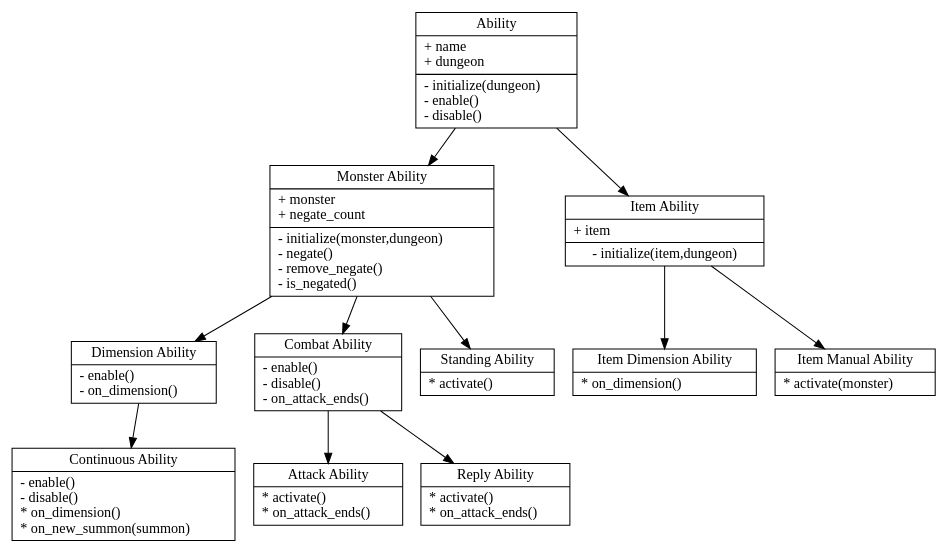
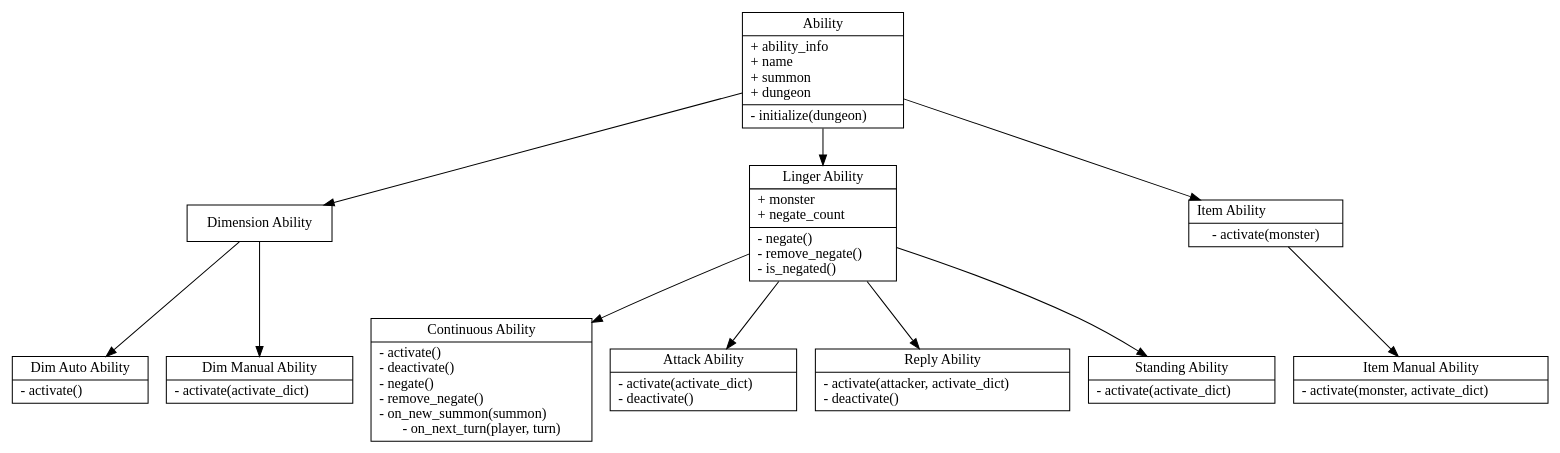
One commit to francocurotto/DDMre changed the diagram in docs/diagrams/abilities.dot. Above: the diagram before and after it, drawn with Graphviz. The commit also changed 4 other files, not shown here.

```diff
--- a/docs/diagrams/abilities.dot
+++ b/docs/diagrams/abilities.dot
@@ -1,26 +1,26 @@
 digraph abilities {
     // nodes
     node[shape=record]
-    Ability[label="{Ability|+ name\l+ dungeon\l|- initialize(dungeon)\l- enable()\l- disable()\l}"]
-    MonsterAbility[label="{Monster Ability|+ monster\l+ negate_count\l|- initialize(monster,dungeon)\l- negate()\l- remove_negate()\l- is_negated()\l}"]
-    DimensionAbility[label="{Dimension Ability|- enable()\l- on_dimension()\l}"]
-    ContinuousAbility[label="{Continuous Ability|- enable()\l- disable()\l* on_dimension()\l* on_new_summon(summon)\l}"]
-    CombatAbility[label="{Combat Ability|- enable()\l- disable()\l- on_attack_ends()\l}"]
-    AttackAbility[label="{Attack Ability|* activate()\l* on_attack_ends()\l}"]
-    ReplyAbility[label="{Reply Ability|* activate()\l* on_attack_ends()\l}"]
-    StandingAbility[label="{Standing Ability|* activate()\l}"]
-    ItemAbility[label="{Item Ability|+ item\l|- initialize(item,dungeon)}"]
-    ItemDimensionAbility[label="{Item Dimension Ability|* on_dimension()\l}"]
-    ItemManualAbility[label="{Item Manual Ability|* activate(monster)\l}"]
+    Ability[label="{Ability|+ ability_info\l+ name\l+ summon\l+ dungeon\l|- initialize(dungeon)\l}"]
+    DimensionAbility[label="{Dimension Ability}"]
+    DimAutoAbility[label="{Dim Auto Ability|- activate()\l}"]
+    DimManualAbility[label="{Dim Manual Ability|- activate(activate_dict)\l}"]
+    LingerAbility[label="{Linger Ability|+ monster\l+ negate_count\l|- negate()\l- remove_negate()\l- is_negated()\l}"]
+    ContinuousAbility[label="{Continuous Ability|- activate()\l- deactivate()\l- negate()\l- remove_negate()\l- on_new_summon(summon)\l- on_next_turn(player, turn)}"]
+    AttackAbility[label="{Attack Ability|- activate(activate_dict)\l- deactivate()\l}"]
+    ReplyAbility[label="{Reply Ability|- activate(attacker, activate_dict)\l- deactivate()\l}"]
+    StandingAbility[label="{Standing Ability|- activate(activate_dict)\l}"]
+    ItemAbility[label="{Item Ability\l|- activate(monster)}"]
+    ItemManualAbility[label="{Item Manual Ability|- activate(monster, activate_dict)\l}"]
     // edges
-    Ability -> MonsterAbility
+    Ability -> DimensionAbility
+    Ability -> LingerAbility
     Ability -> ItemAbility
-    MonsterAbility -> DimensionAbility
-    MonsterAbility -> CombatAbility
-    CombatAbility -> AttackAbility
-    CombatAbility -> ReplyAbility
-    MonsterAbility -> StandingAbility
-    ItemAbility -> ItemDimensionAbility
+    DimensionAbility -> DimAutoAbility
+    DimensionAbility -> DimManualAbility
+    LingerAbility -> ContinuousAbility
+    LingerAbility -> AttackAbility
+    LingerAbility -> ReplyAbility
+    LingerAbility -> StandingAbility
     ItemAbility -> ItemManualAbility
-    DimensionAbility -> ContinuousAbility
 }
```
